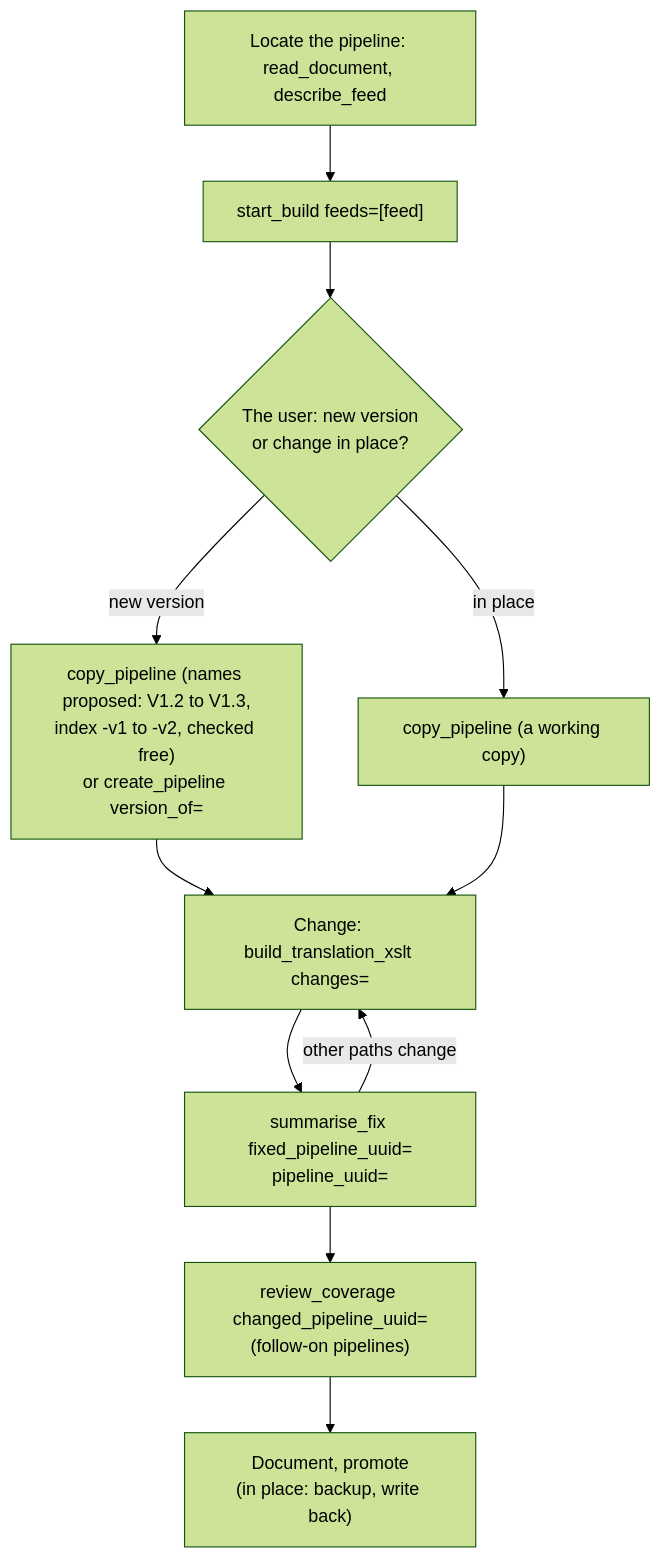
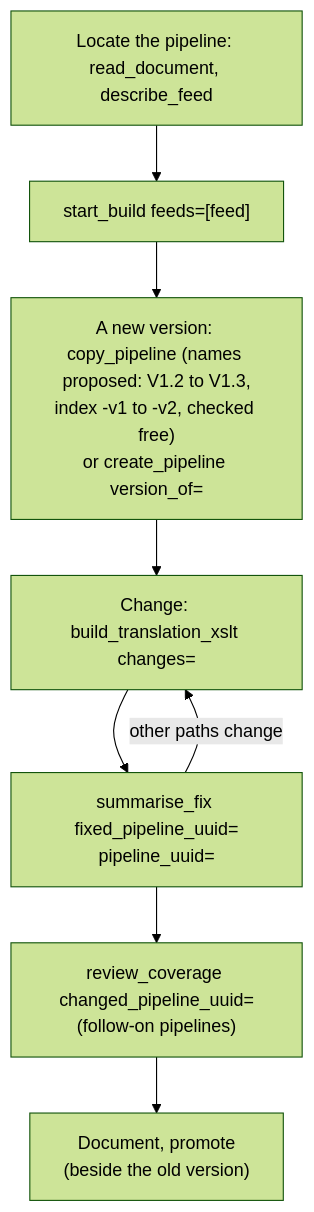
Before and after one commit to gchq/stroom: the fifth of 9 diagrams in stroom-ai/DESIGN.md, drawn with Mermaid (forest theme). The commit also changed other lines of this file and 35 other files, not shown here.

````diff
--- a/stroom-ai/DESIGN.md
+++ b/stroom-ai/DESIGN.md
@@ -412,12 +413,10 @@
 ```mermaid
 flowchart TD
     A["Locate the pipeline: read_document, describe_feed"] --> B["start_build feeds=[feed]"]
-    B --> C{"The user: new version<br/>or change in place?"}
-    C -- "new version" --> NV["copy_pipeline (names proposed: V1.2 to V1.3,<br/>index -v1 to -v2, checked free)<br/>or create_pipeline version_of="]
-    C -- "in place" --> WC["copy_pipeline (a working copy)"]
-    NV & WC --> D["Change: build_translation_xslt changes="]
+    B --> NV["A new version: copy_pipeline (names proposed: V1.2 to V1.3,<br/>index -v1 to -v2, checked free)<br/>or create_pipeline version_of="]
+    NV --> D["Change: build_translation_xslt changes="]
     D --> E["summarise_fix fixed_pipeline_uuid=<copy><br/>pipeline_uuid=<original>"]
     E -- "other paths change" --> D
     E --> F["review_coverage changed_pipeline_uuid=<br/>(follow-on pipelines)"]
-    F --> G["Document, promote<br/>(in place: backup, write back)"]
+    F --> G["Document, promote<br/>(beside the old version)"]
 ```
````
